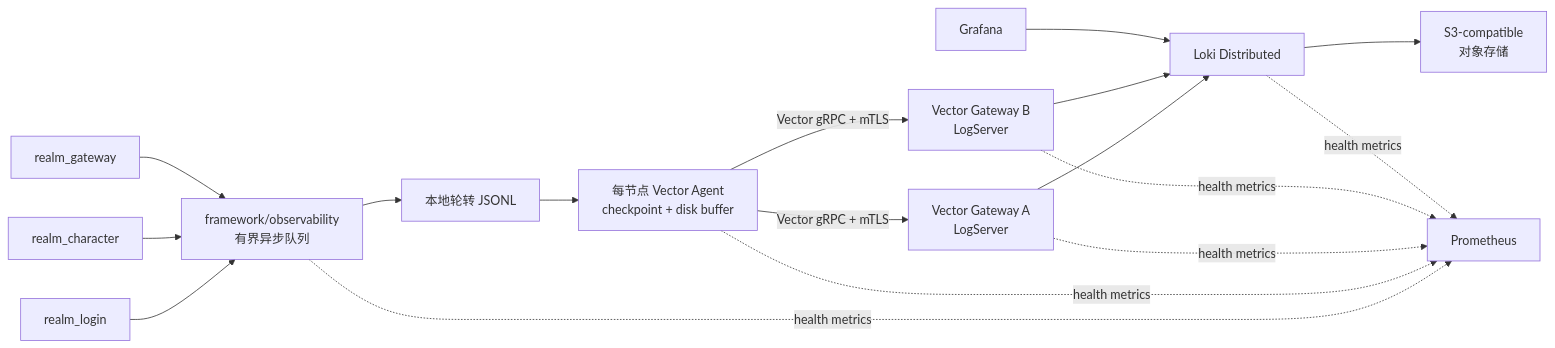
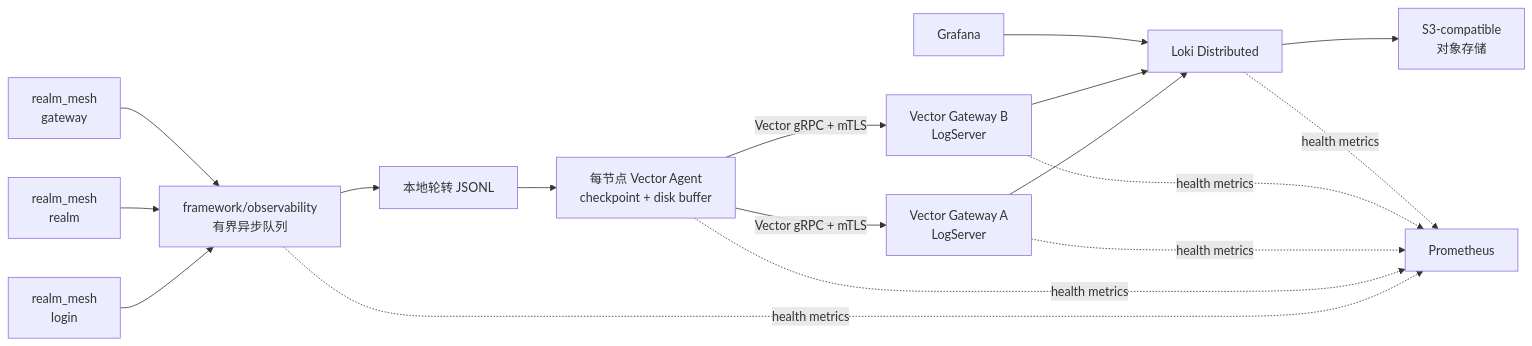
One commit to lvivvde/RealmMesh changed the diagram in docs/logging-architecture.md. Above: the diagram before and after it, drawn with Mermaid. The commit also changed other lines of this file and 19 other files, not shown here.

Commit message:
chore: retire legacy service binaries and migrate flow test to realm_mesh

````diff
--- a/docs/logging-architecture.md
+++ b/docs/logging-architecture.md
@@ -43,31 +43,31 @@
 ```mermaid
 flowchart LR
-    Login[realm_login]
-    Realm[realm_character]
-    Gateway[realm_gateway]
+    Login[realm_mesh<br/>login]
+    Realm[realm_mesh<br/>realm]
+    Gateway[realm_mesh<br/>gateway]
     Logging[framework/observability<br/>有界异步队列]
     Jsonl[本地轮转 JSONL]
     Agent[每节点 Vector Agent<br/>checkpoint + disk buffer]
     LogA[Vector Gateway A<br/>LogServer]
     LogB[Vector Gateway B<br/>LogServer]
     Loki[Loki Distributed]
     ObjectStore[S3-compatible<br/>对象存储]
     Grafana[Grafana]
     Prometheus[Prometheus]
 
     Login --> Logging
     Realm --> Logging
     Gateway --> Logging
     Logging --> Jsonl --> Agent
     Agent -->|Vector gRPC + mTLS| LogA
     Agent -->|Vector gRPC + mTLS| LogB
     LogA --> Loki
     LogB --> Loki
     Loki --> ObjectStore
     Grafana --> Loki
     Logging -. health metrics .-> Prometheus
     Agent -. health metrics .-> Prometheus
     LogA -. health metrics .-> Prometheus
     LogB -. health metrics .-> Prometheus
     Loki -. health metrics .-> Prometheus
 ```
````
